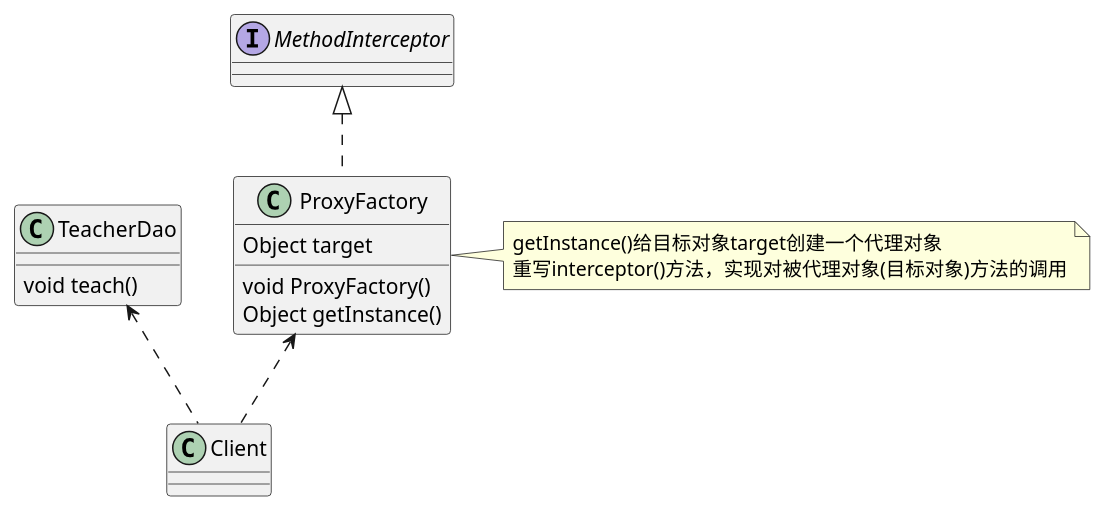
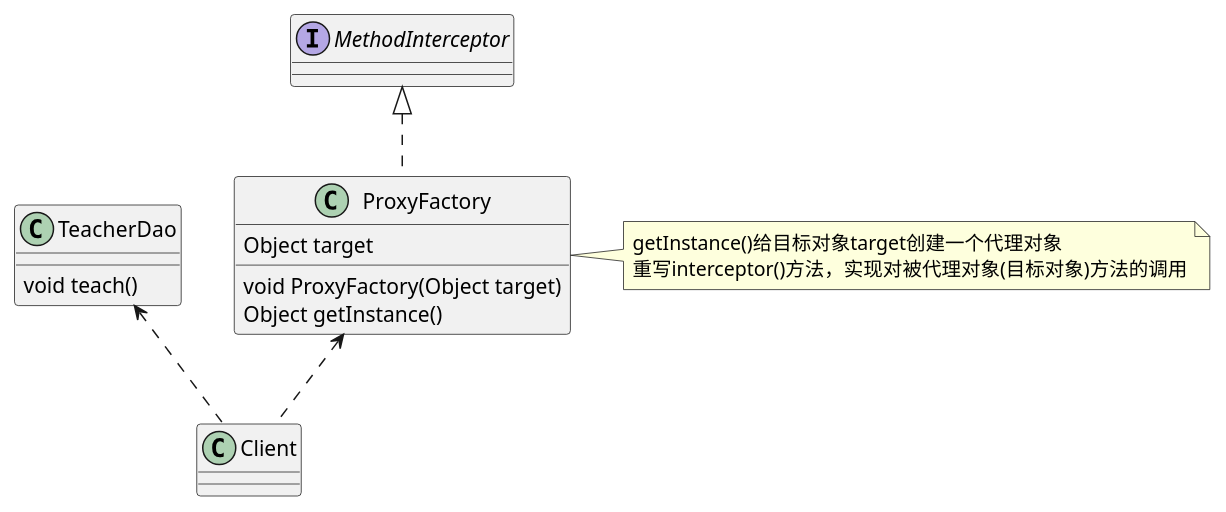
The diagram in myspring/src/main/java/com/panda/study/designmodel/proxy/cglibproxy/cglibproxy.puml (likaisheng001/mystudy), drawn with PlantUML before and after one commit. The commit also changed 15 other files, not shown here.

```diff
--- a/myspring/src/main/java/com/panda/study/designmodel/proxy/cglibproxy/cglibproxy.puml
+++ b/myspring/src/main/java/com/panda/study/designmodel/proxy/cglibproxy/cglibproxy.puml
@@ -1,21 +1,21 @@
 @startuml
 
 interface MethodInterceptor
 class TeacherDao
 TeacherDao : void teach()
 class ProxyFactory
 ProxyFactory : Object target
-ProxyFactory : void ProxyFactory()
+ProxyFactory : void ProxyFactory(Object target)
 ProxyFactory : Object getInstance()
 class Client
 TeacherDao <.. Client
 ProxyFactory <.. Client
 
 MethodInterceptor <|.. ProxyFactory
 note as n1
 getInstance()给目标对象target创建一个代理对象
 重写interceptor()方法，实现对被代理对象(目标对象)方法的调用
 end note
 n1 ..left ProxyFactory
 
 @enduml
```
